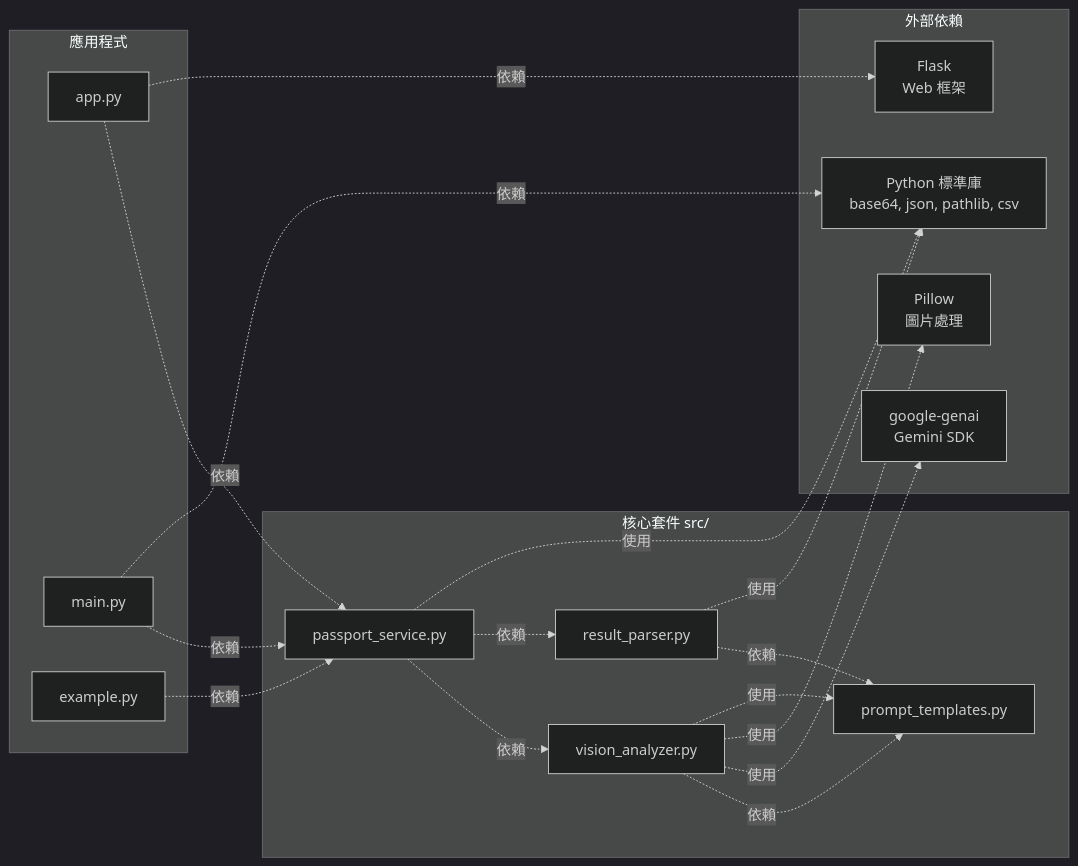
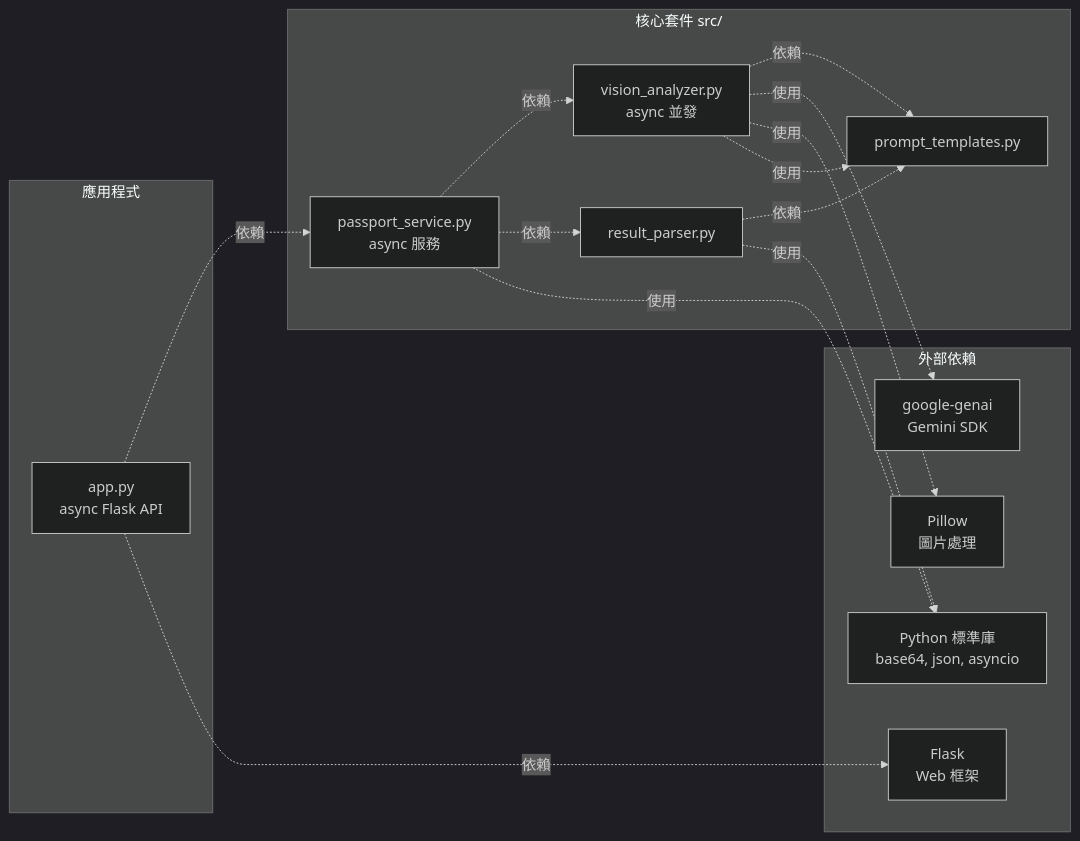
The second of 4 diagrams in 元件圖.md (wu02067602/Passport-image-recognition), drawn with Mermaid (dark theme) before and after one commit. The commit also changed other lines of this file and 10 other files, not shown here.

First line of the commit message:
Refactor: Enhance passport recognition API with async support

````diff
--- a/元件圖.md
+++ b/元件圖.md
@@ -52,39 +45,34 @@
 ```mermaid
 graph LR
     subgraph "應用程式"
-        APP[app.py]
-        MAIN[main.py]
-        EX[example.py]
+        APP[app.py<br/>async Flask API]
     end
     
     subgraph "核心套件 src/"
-        PSVC[passport_service.py]
-        VA[vision_analyzer.py]
+        PSVC[passport_service.py<br/>async 服務]
+        VA[vision_analyzer.py<br/>async 並發]
         RP[result_parser.py]
         PT[prompt_templates.py]
     end
     
     subgraph "外部依賴"
         FLASK[Flask<br/>Web 框架]
         PIL[Pillow<br/>圖片處理]
         GENAI[google-genai<br/>Gemini SDK]
-        STD[Python 標準庫<br/>base64, json, pathlib, csv]
+        STD[Python 標準庫<br/>base64, json, asyncio]
     end
     
     APP -.依賴.-> PSVC
     APP -.依賴.-> FLASK
-    MAIN -.依賴.-> PSVC
-    MAIN -.依賴.-> STD
-    EX -.依賴.-> PSVC
     
     PSVC -.依賴.-> VA
     PSVC -.依賴.-> RP
     VA -.依賴.-> PT
     RP -.依賴.-> PT
     
     VA -.使用.-> GENAI
     VA -.使用.-> PIL
     VA -.使用.-> PT
     RP -.使用.-> STD
     PSVC -.使用.-> STD
 ```
````
